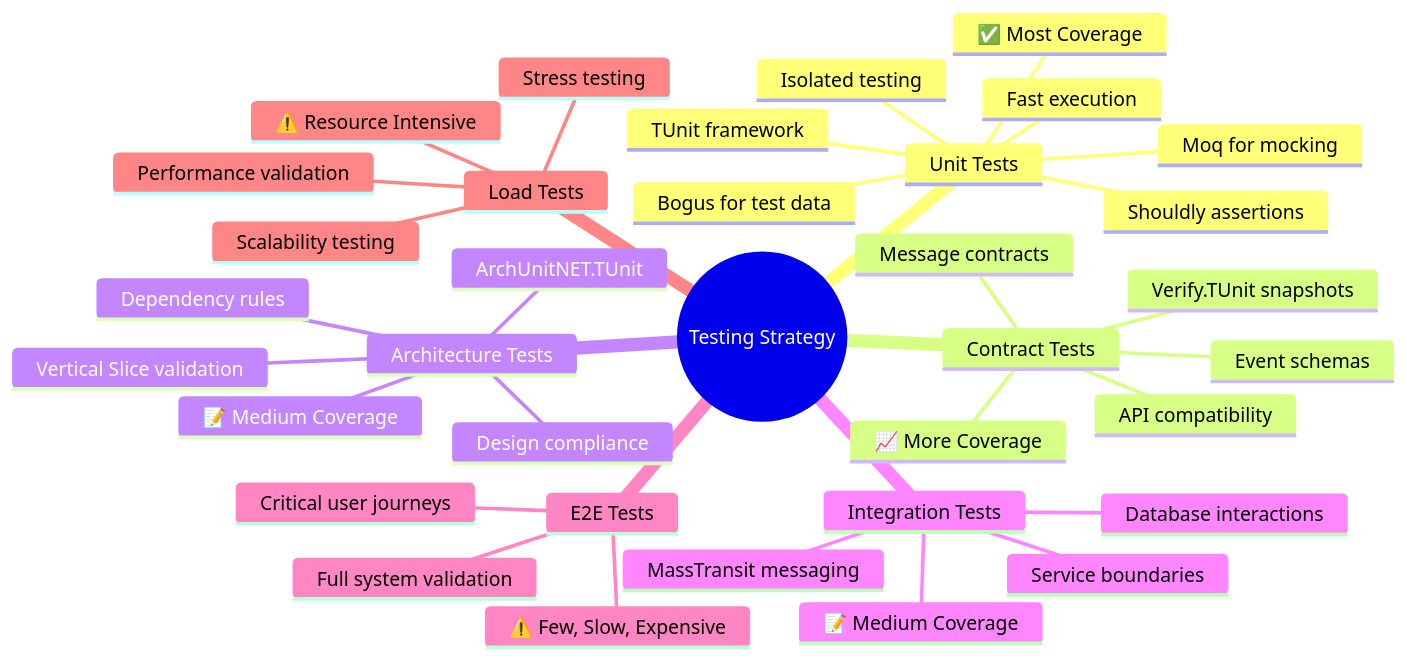
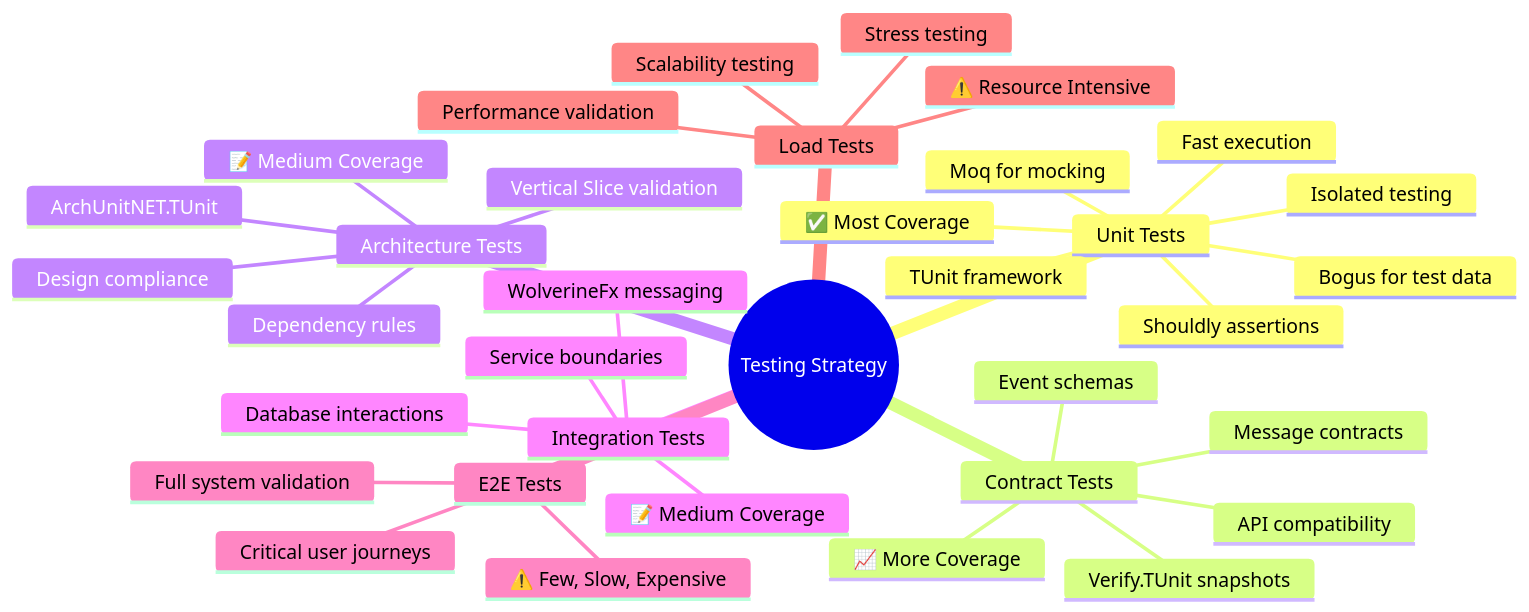
The third of 3 diagrams in docs/docusaurus/docs/04-solution-strategy.mdx (foxminchan/BookWorm), drawn with Mermaid before and after one commit. The commit also changed other lines of this file and 65 other files, not shown here.

Commit message:
chore(docs): update architecture decision records (#1127)

````diff
--- a/docs/docusaurus/docs/04-solution-strategy.mdx
+++ b/docs/docusaurus/docs/04-solution-strategy.mdx
@@ -311,38 +311,38 @@
 ```mermaid
 mindmap
     root((Testing Strategy))
         Unit Tests
             TUnit framework
             Moq for mocking
             Bogus for test data
             Shouldly assertions
             Fast execution
             Isolated testing
             ✅ Most Coverage
         Contract Tests
             Verify.TUnit snapshots
             API compatibility
             Event schemas
             Message contracts
             📈 More Coverage
         Architecture Tests
             ArchUnitNET.TUnit
             Design compliance
             Dependency rules
             Vertical Slice validation
             📝 Medium Coverage
         Integration Tests
             Service boundaries
             Database interactions
-            MassTransit messaging
+            WolverineFx messaging
             📝 Medium Coverage
         E2E Tests
             Critical user journeys
             Full system validation
             ⚠️ Few, Slow, Expensive
         Load Tests
             Performance validation
             Scalability testing
             Stress testing
             ⚠️ Resource Intensive
 ```
````
